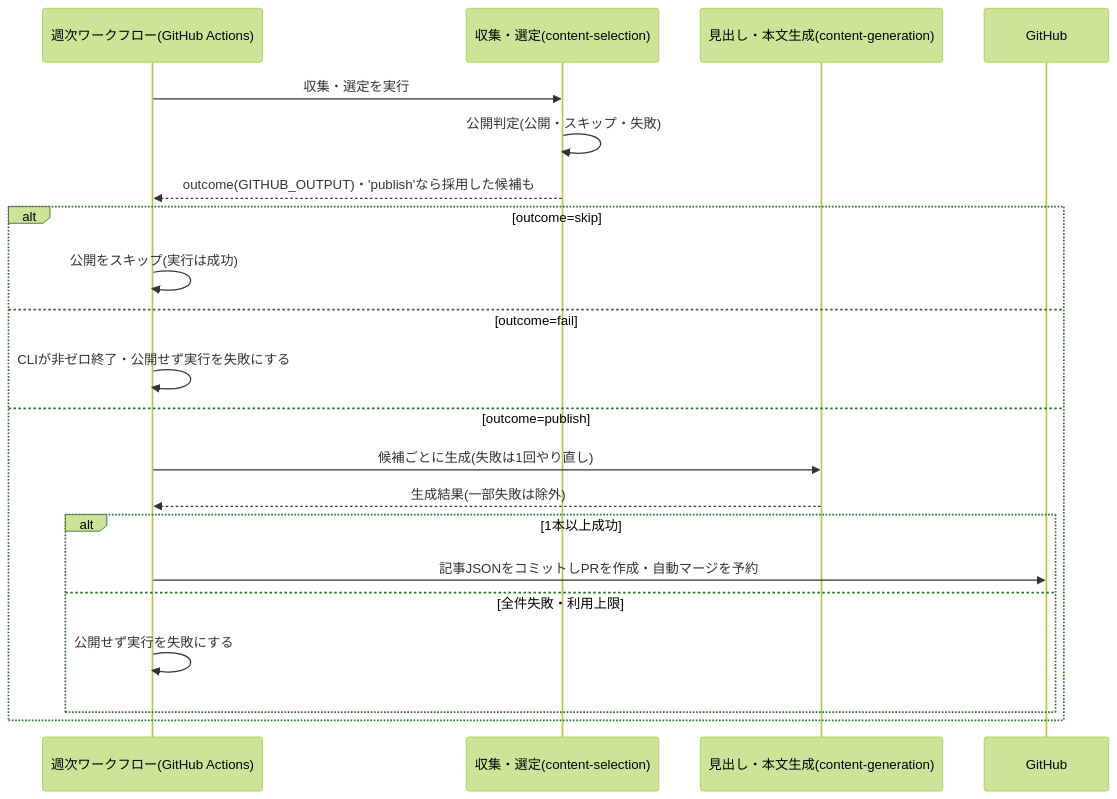
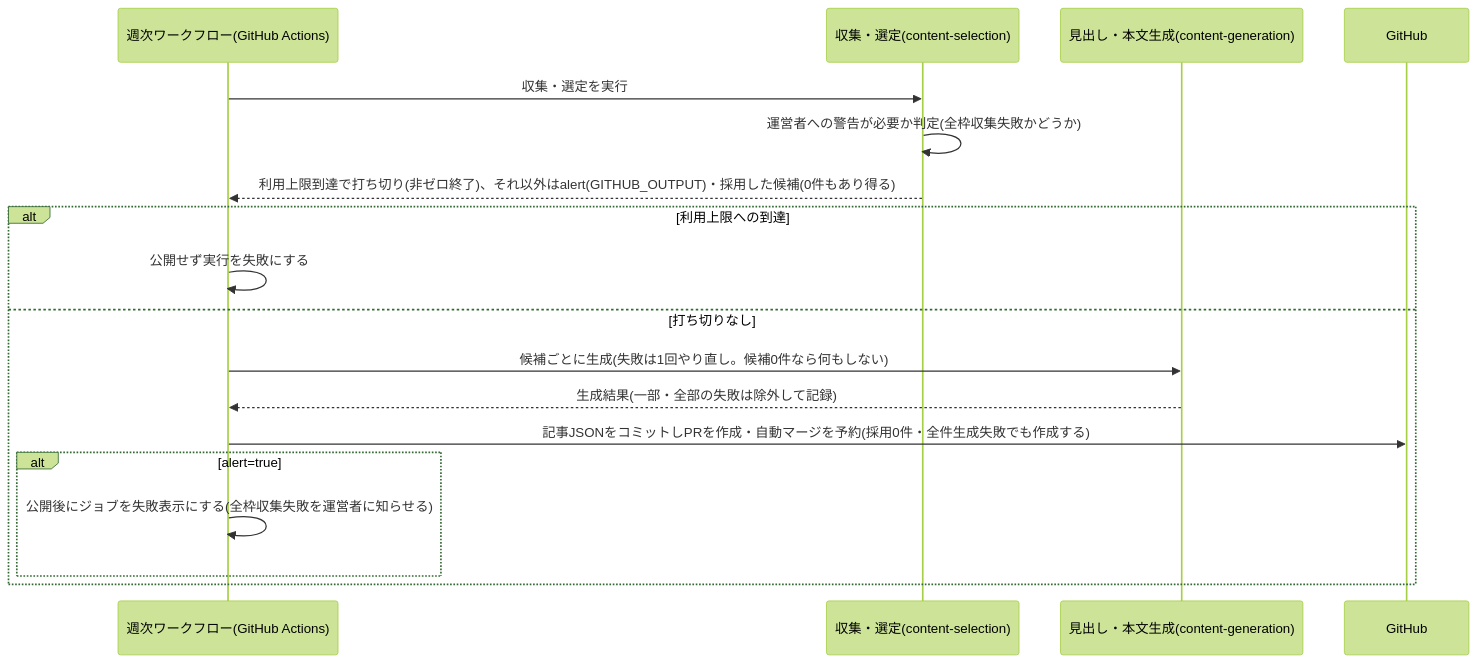
Before and after one commit to zakiyama0108/benriyatool: the diagram in specs/future-digest/weekly-publish/design.md, drawn with Mermaid (forest theme). The commit also changed other lines of this file and 5 other files, not shown here.

````diff
--- a/specs/future-digest/weekly-publish/design.md
+++ b/specs/future-digest/weekly-publish/design.md
@@ -32,24 +31,21 @@
 ```mermaid
 sequenceDiagram
     participant actions as 週次ワークフロー(GitHub Actions)
     participant select as 収集・選定(content-selection)
     participant gen as 見出し・本文生成(content-generation)
     participant gh as GitHub
 
     actions ->> select: 収集・選定を実行
-    select ->> select: 公開判定(公開・スキップ・失敗)
-    select -->> actions: outcome(GITHUB_OUTPUT)・'publish'なら採用した候補も
-    alt outcome=skip
-        actions ->> actions: 公開をスキップ(実行は成功)
-    else outcome=fail
-        actions ->> actions: CLIが非ゼロ終了・公開せず実行を失敗にする
-    else outcome=publish
-        actions ->> gen: 候補ごとに生成(失敗は1回やり直し)
-        gen -->> actions: 生成結果(一部失敗は除外)
-        alt 1本以上成功
-            actions ->> gh: 記事JSONをコミットしPRを作成・自動マージを予約
-        else 全件失敗・利用上限
-            actions ->> actions: 公開せず実行を失敗にする
+    select ->> select: 運営者への警告が必要か判定(全枠収集失敗かどうか)
+    select -->> actions: 利用上限到達で打ち切り(非ゼロ終了)、それ以外はalert(GITHUB_OUTPUT)・採用した候補(0件もあり得る)
+    alt 利用上限への到達
+        actions ->> actions: 公開せず実行を失敗にする
+    else 打ち切りなし
+        actions ->> gen: 候補ごとに生成(失敗は1回やり直し。候補0件なら何もしない)
+        gen -->> actions: 生成結果(一部・全部の失敗は除外して記録)
+        actions ->> gh: 記事JSONをコミットしPRを作成・自動マージを予約(採用0件・全件生成失敗でも作成する)
+        alt alert=true
+            actions ->> actions: 公開後にジョブを失敗表示にする(全枠収集失敗を運営者に知らせる)
         end
     end
 ```
````
